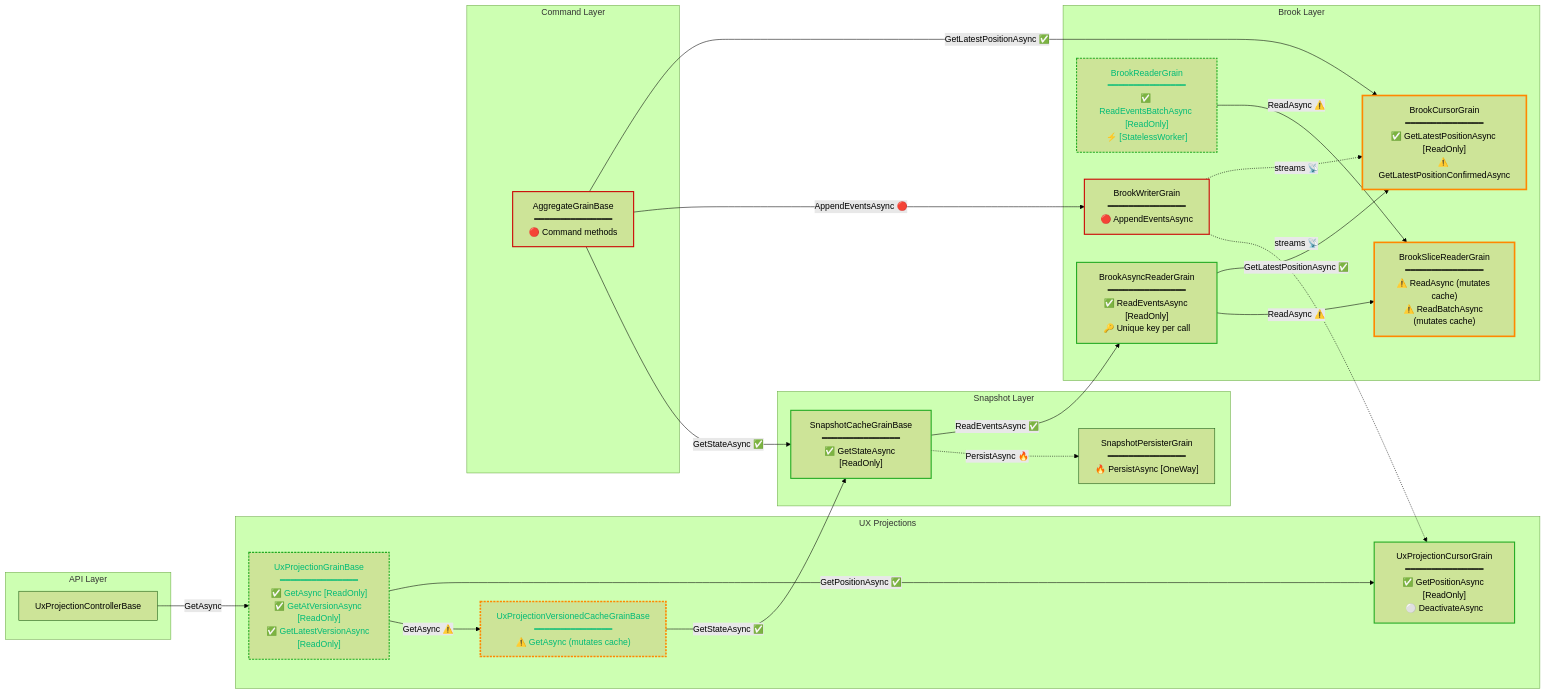
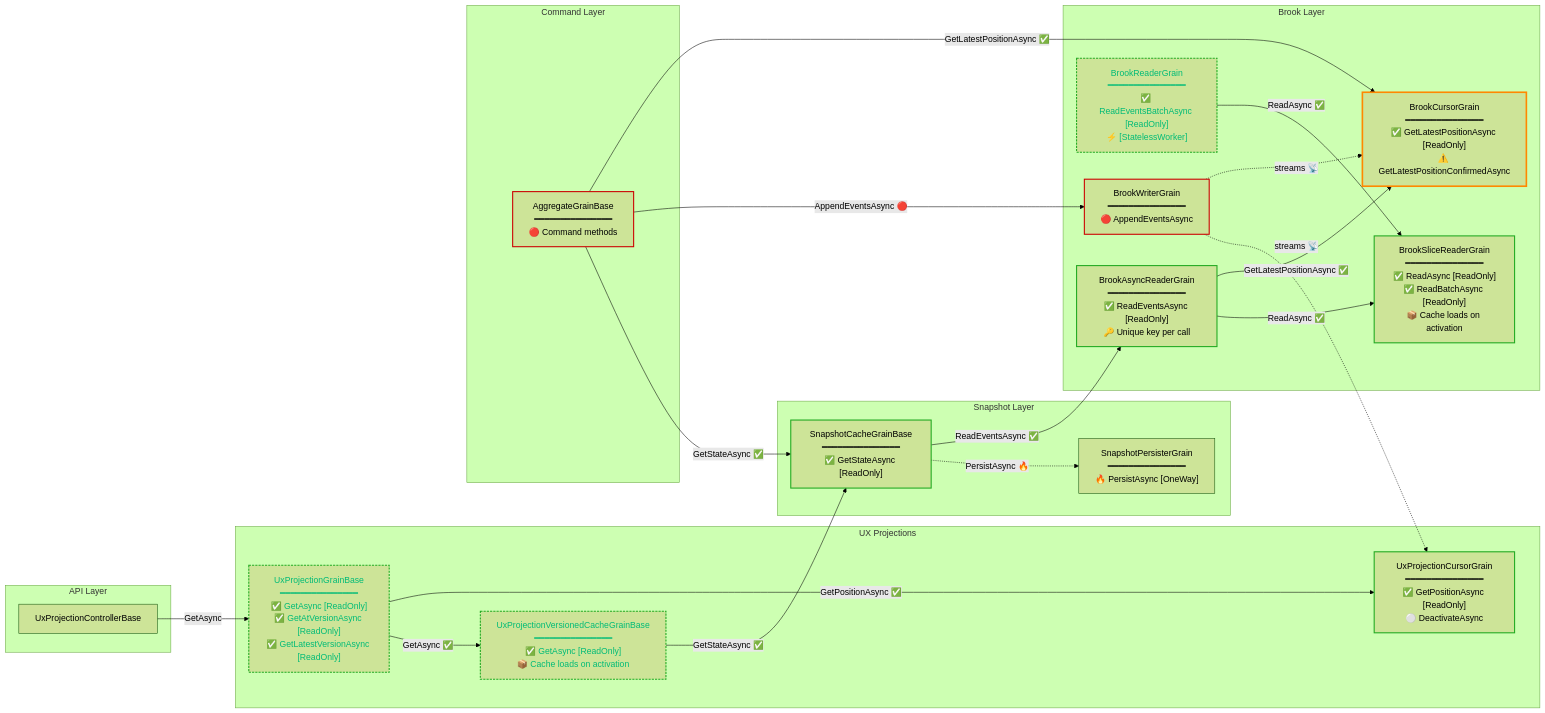
One commit to Gibbs-Morris/mississippi changed the diagram in docs/grain-read-write-paths.md. Above: the diagram before and after it, drawn with Mermaid (forest theme). The commit also changed other lines of this file and 12 other files, not shown here.

````diff
--- a/docs/grain-read-write-paths.md
+++ b/docs/grain-read-write-paths.md
@@ -27,69 +27,69 @@
 ```mermaid
 flowchart LR
   subgraph API["API Layer"]
     UxApi["UxProjectionControllerBase"]
   end
 
   subgraph UX["UX Projections"]
     UxProjection["UxProjectionGrainBase<br/>━━━━━━━━━━━━━━━<br/>✅ GetAsync [ReadOnly]<br/>✅ GetAtVersionAsync [ReadOnly]<br/>✅ GetLatestVersionAsync [ReadOnly]"]
     UxCursor["UxProjectionCursorGrain<br/>━━━━━━━━━━━━━━━<br/>✅ GetPositionAsync [ReadOnly]<br/>⚪ DeactivateAsync"]
-    UxCache["UxProjectionVersionedCacheGrainBase<br/>━━━━━━━━━━━━━━━<br/>⚠️ GetAsync (mutates cache)"]
+    UxCache["UxProjectionVersionedCacheGrainBase<br/>━━━━━━━━━━━━━━━<br/>✅ GetAsync [ReadOnly]<br/>📦 Cache loads on activation"]
   end
 
   subgraph Snapshots["Snapshot Layer"]
     SnapshotCache["SnapshotCacheGrainBase<br/>━━━━━━━━━━━━━━━<br/>✅ GetStateAsync [ReadOnly]"]
     SnapshotPersister["SnapshotPersisterGrain<br/>━━━━━━━━━━━━━━━<br/>🔥 PersistAsync [OneWay]"]
   end
 
   subgraph Brooks["Brook Layer"]
     BrookWriter["BrookWriterGrain<br/>━━━━━━━━━━━━━━━<br/>🔴 AppendEventsAsync"]
     BrookCursor["BrookCursorGrain<br/>━━━━━━━━━━━━━━━<br/>✅ GetLatestPositionAsync [ReadOnly]<br/>⚠️ GetLatestPositionConfirmedAsync"]
     BrookReader["BrookReaderGrain<br/>━━━━━━━━━━━━━━━<br/>✅ ReadEventsBatchAsync [ReadOnly]<br/>⚡ [StatelessWorker]"]
     BrookAsyncReader["BrookAsyncReaderGrain<br/>━━━━━━━━━━━━━━━<br/>✅ ReadEventsAsync [ReadOnly]<br/>🔑 Unique key per call"]
-    BrookSlice["BrookSliceReaderGrain<br/>━━━━━━━━━━━━━━━<br/>⚠️ ReadAsync (mutates cache)<br/>⚠️ ReadBatchAsync (mutates cache)"]
+    BrookSlice["BrookSliceReaderGrain<br/>━━━━━━━━━━━━━━━<br/>✅ ReadAsync [ReadOnly]<br/>✅ ReadBatchAsync [ReadOnly]<br/>📦 Cache loads on activation"]
   end
 
   subgraph Aggregates["Command Layer"]
     Aggregate["AggregateGrainBase<br/>━━━━━━━━━━━━━━━<br/>🔴 Command methods"]
   end
 
   %% API to UX
   UxApi -->|"GetAsync"| UxProjection
 
   %% UX internal reads
   UxProjection -->|"GetPositionAsync ✅"| UxCursor
-  UxProjection -->|"GetAsync ⚠️"| UxCache
+  UxProjection -->|"GetAsync ✅"| UxCache
   UxCache -->|"GetStateAsync ✅"| SnapshotCache
 
   %% Snapshot to Brook reads
   SnapshotCache -->|"ReadEventsAsync ✅"| BrookAsyncReader
   SnapshotCache -.->|"PersistAsync 🔥"| SnapshotPersister
 
   %% Brook reader chain (batch path via StatelessWorker)
-  BrookReader -->|"ReadAsync ⚠️"| BrookSlice
+  BrookReader -->|"ReadAsync ✅"| BrookSlice
 
   %% Brook async reader chain (streaming path via unique keys)
   BrookAsyncReader -->|"GetLatestPositionAsync ✅"| BrookCursor
-  BrookAsyncReader -->|"ReadAsync ⚠️"| BrookSlice
+  BrookAsyncReader -->|"ReadAsync ✅"| BrookSlice
 
   %% Write path
   Aggregate -->|"GetLatestPositionAsync ✅"| BrookCursor
   Aggregate -->|"AppendEventsAsync 🔴"| BrookWriter
   Aggregate -->|"GetStateAsync ✅"| SnapshotCache
 
   %% Stream notifications
   BrookWriter -.->|"streams 📡"| BrookCursor
   BrookWriter -.->|"streams 📡"| UxCursor
 
   %% Styling
   class UxProjection,UxCache stateless
   class BrookReader stateless
-  class UxProjection,UxCursor,SnapshotCache,BrookReader,BrookAsyncReader readonly
-  class BrookSlice,UxCache,BrookCursor bottleneck
+  class UxProjection,UxCache,UxCursor,SnapshotCache,BrookReader,BrookAsyncReader,BrookSlice readonly
+  class BrookCursor bottleneck
   class BrookWriter,Aggregate write
 
   classDef stateless stroke-dasharray: 4 2, stroke:#0b7, color:#0b7;
   classDef readonly stroke:#2a2, stroke-width:2px;
   classDef bottleneck stroke:#f80, stroke-width:3px;
   classDef write stroke:#c00, stroke-width:2px;
 ```
````
